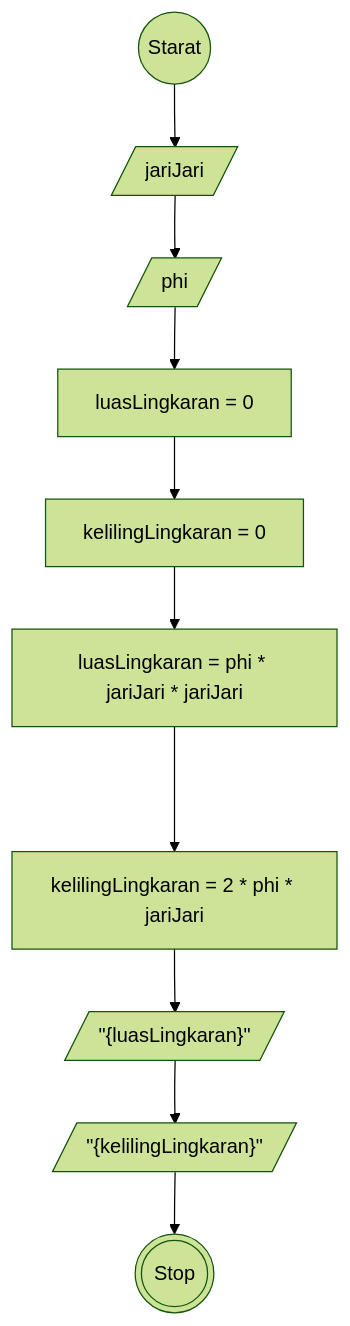
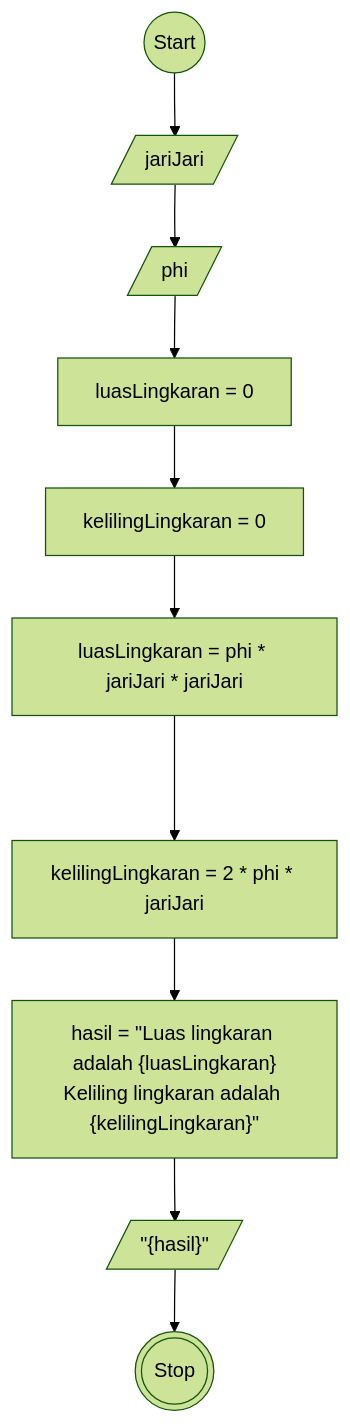
One commit to almarufh/Koda-B8-JavaScript1 changed the diagram in readme.md. Above: the diagram before and after it, drawn with Mermaid (forest theme). The commit also changed 1 other file, not shown here.

````diff
--- a/readme.md
+++ b/readme.md
@@ -5,17 +5,21 @@
 ```mermaid
 flowchart TD
-A@{ shape: circle, label: Starat }
+A@{ shape: circle, label: Start }
 B@{ shape: lean-r, label: jariJari}
 C@{ shape: lean-r, label: phi }
 D@{ shape: rect, label: "luasLingkaran = 0" }
 E@{ shape: rect, label: "kelilingLingkaran = 0" }
 F@{ shape: rect, label: "luasLingkaran = phi * jariJari * jariJari" }
 G@{ shape: rect, label: "kelilingLingkaran = 2 * phi * jariJari" }
-H@{ shape: lean-r, label: '"{luasLingkaran}"' }
-I@{ shape: lean-r, label: '"{kelilingLingkaran}"' }
+
+H@{ shape: rect, label: 'hasil = "Luas lingkaran adalah {luasLingkaran}
+
+Keliling lingkaran adalah {kelilingLingkaran}"' }
+
+I@{ shape: lean-r, label: '"{hasil}"' }
 J@{ shape: dbl-circ, label: Stop }
 
 
 A --> B --> C --> D --> E --> F ---> G --> H --> I --> J
 
 ```
````
